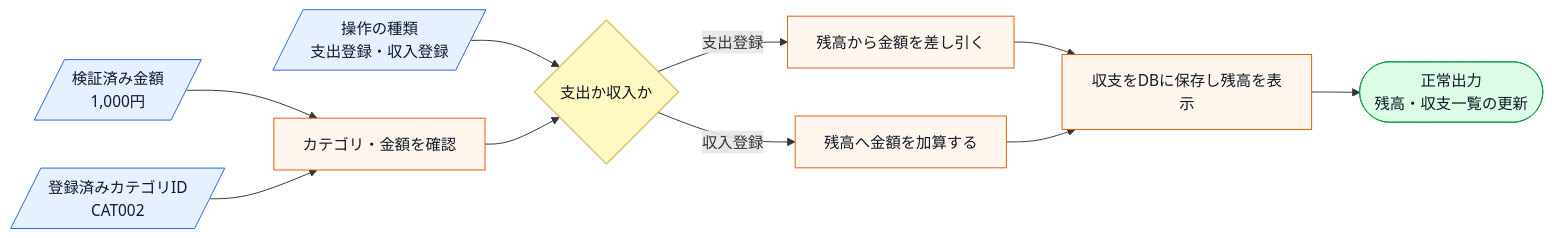
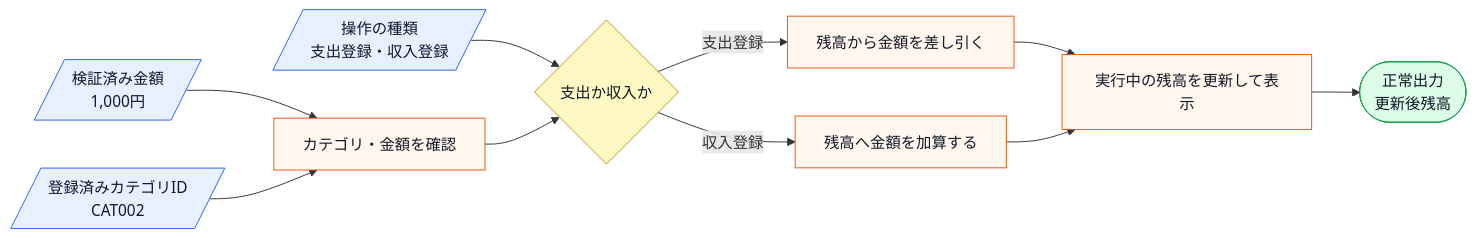
One commit to kumachan1101-pixel/DesignPattern changed the second of 15 diagrams in kindle/design-patterns/output/chapter05.md. Above: the diagram before and after it, drawn with Mermaid. The commit also changed other lines of this file and 13 other files, not shown here.

````diff
--- a/kindle/design-patterns/output/chapter05.md
+++ b/kindle/design-patterns/output/chapter05.md
@@ -73,17 +83,17 @@
 ```mermaid
 flowchart LR
     A[/操作の種類<br>支出登録・収入登録/]:::input --> F{支出か収入か}:::decision
     C[/検証済み金額<br>1,000円/]:::input --> V[カテゴリ・金額を確認]:::process
     E[/登録済みカテゴリID<br>CAT002/]:::input --> V
     V --> F
     F -->|支出登録| G[残高から金額を差し引く]:::process
     F -->|収入登録| H[残高へ金額を加算する]:::process
-    G --> K[収支をDBに保存し残高を表示]:::process
+    G --> K[実行中の残高を更新して表示]:::process
     H --> K
-    K --> L([正常出力<br>残高・収支一覧の更新]):::normal
+    K --> L([正常出力<br>更新後残高]):::normal
 
     classDef input fill:#e7f0ff,stroke:#2563eb,color:#111827;
     classDef process fill:#fff7ed,stroke:#ea580c,color:#111827;
     classDef decision fill:#fef9c3,stroke:#ca8a04,color:#111827;
     classDef normal fill:#dcfce7,stroke:#16a34a,color:#111827;
 ```
````
